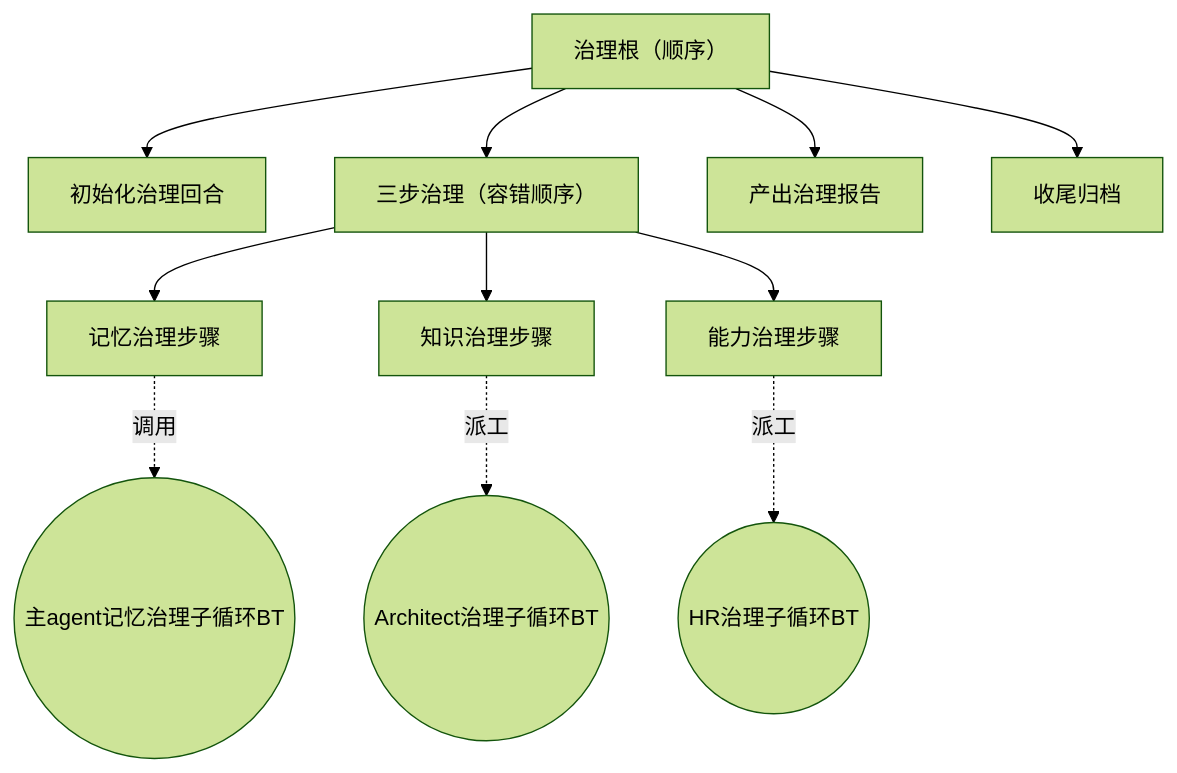
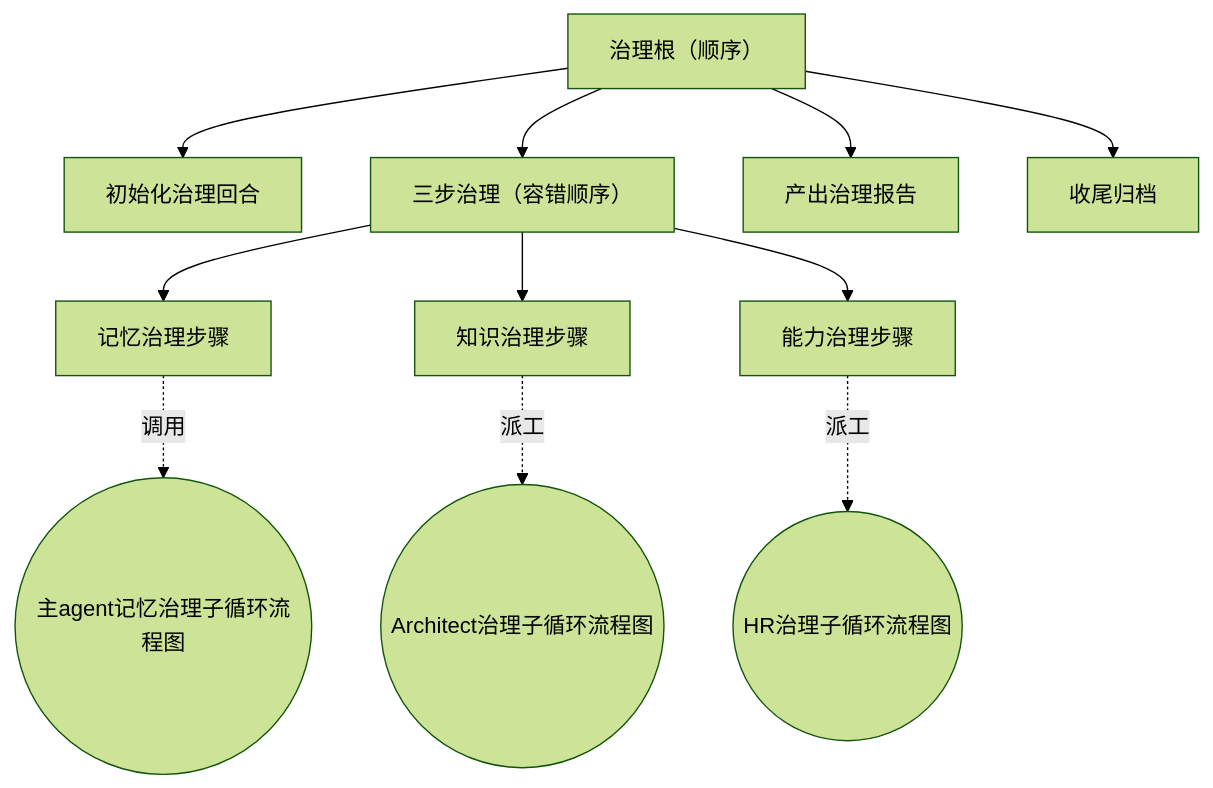
The diagram in design/WORKFLOW-DREAM.zh-CN.md (nan023062/agent-team-cc), drawn with Mermaid (forest theme) before and after one commit. The commit also changed other lines of this file and 5 other files, not shown here.

First line of the commit message:
docs(design): replace BT/行为树 with 流程图 in all human-facing design docs

````diff
--- a/design/WORKFLOW-DREAM.zh-CN.md
+++ b/design/WORKFLOW-DREAM.zh-CN.md
@@ -21,17 +21,17 @@
 ```mermaid
 flowchart TD
     Root["治理根（顺序）"]
 
     Root --> Init["初始化治理回合"]
     Root --> Steps["三步治理（容错顺序）"]
     Root --> Report["产出治理报告"]
     Root --> Fin["收尾归档"]
 
     Steps --> Mem["记忆治理步骤"]
     Steps --> Arch["知识治理步骤"]
     Steps --> HR["能力治理步骤"]
 
-    Mem -.调用.-> SubMem(("主agent记忆治理子循环BT"))
-    Arch -.派工.-> SubArch(("Architect治理子循环BT"))
-    HR -.派工.-> SubHR(("HR治理子循环BT"))
+    Mem -.调用.-> SubMem(("主agent记忆治理子循环流程图"))
+    Arch -.派工.-> SubArch(("Architect治理子循环流程图"))
+    HR -.派工.-> SubHR(("HR治理子循环流程图"))
 ```
````
